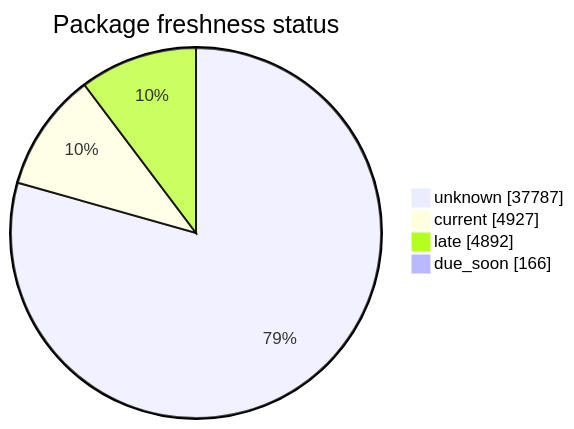
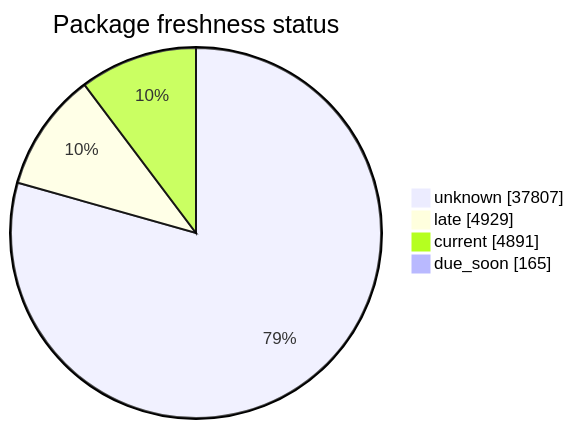
The second of 5 diagrams in FreshCheck/README.md (open-data/analytics-corporate-reporting), drawn with Mermaid before and after one commit. The commit also changed other lines of this file and 3 other files, not shown here.

````diff
--- a/FreshCheck/README.md
+++ b/FreshCheck/README.md
@@ -68,7 +68,7 @@
 ```mermaid
 pie showData title Package freshness status
-    "unknown": 37787
-    "current": 4927
-    "late": 4892
-    "due_soon": 166
+    "unknown": 37807
+    "late": 4929
+    "current": 4891
+    "due_soon": 165
 ```
````
